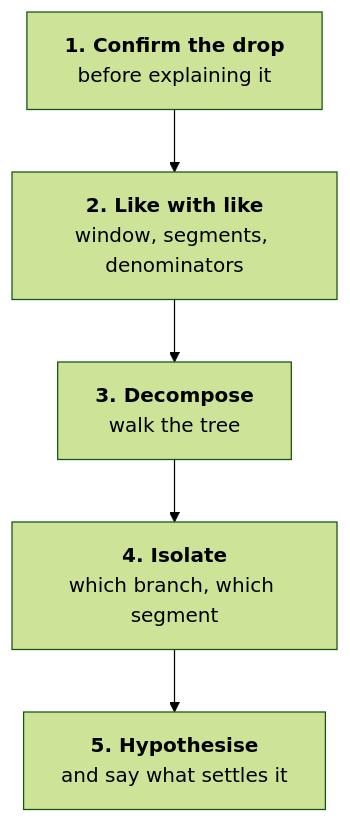
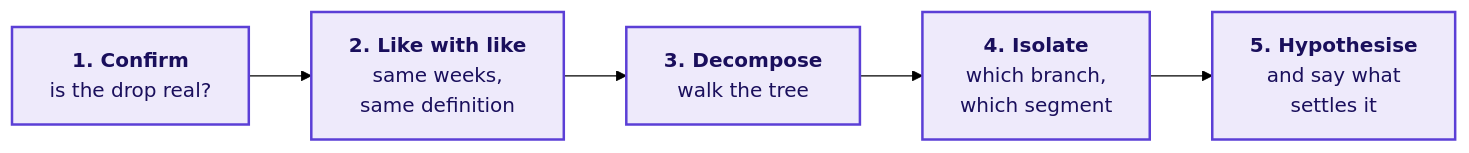
Diagram 14 of 21 in content/W03/D1/slides/C2_W03_D01_introduction_STUDENT.md (fde-academy-lab/c2-content-factory), drawn with Mermaid (forest theme) before and after one commit. The commit also changed other lines of this file and 2 other files, not shown here.

````diff
--- a/content/W03/D1/slides/C2_W03_D01_introduction_STUDENT.md
+++ b/content/W03/D1/slides/C2_W03_D01_introduction_STUDENT.md
@@ -356,9 +758,9 @@
 ```mermaid
-flowchart TB
-    R5["<b>5. Hypothesise</b><br/>and say what settles it"]
-    R4["<b>4. Isolate</b><br/>which branch, which segment"]
-    R3["<b>3. Decompose</b><br/>walk the tree"]
-    R2["<b>2. Like with like</b><br/>window, segments, denominators"]
-    R1["<b>1. Confirm the drop</b><br/>before explaining it"]
-    R1 --> R2 --> R3 --> R4 --> R5
+flowchart LR
+    R1["<b>1. Confirm</b><br/>is the drop real?"] --> R2["<b>2. Like with like</b><br/>same weeks,<br/>same definition"]
+    R2 --> R3["<b>3. Decompose</b><br/>walk the tree"]
+    R3 --> R4["<b>4. Isolate</b><br/>which branch,<br/>which segment"]
+    R4 --> R5["<b>5. Hypothesise</b><br/>and say what<br/>settles it"]
+    classDef known fill:#EEEAFB,stroke:#5B3FD6,color:#1A0F5C,stroke-width:2px
+    class R1,R2,R3,R4,R5 known
 ```
````
